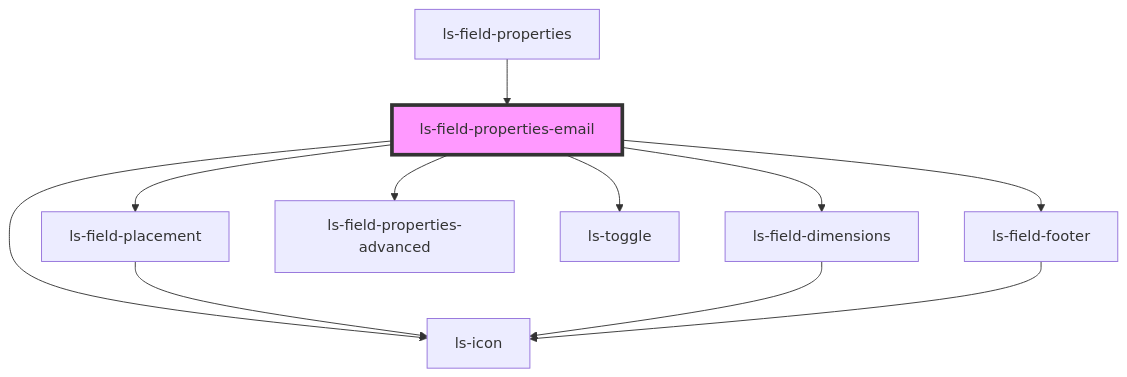
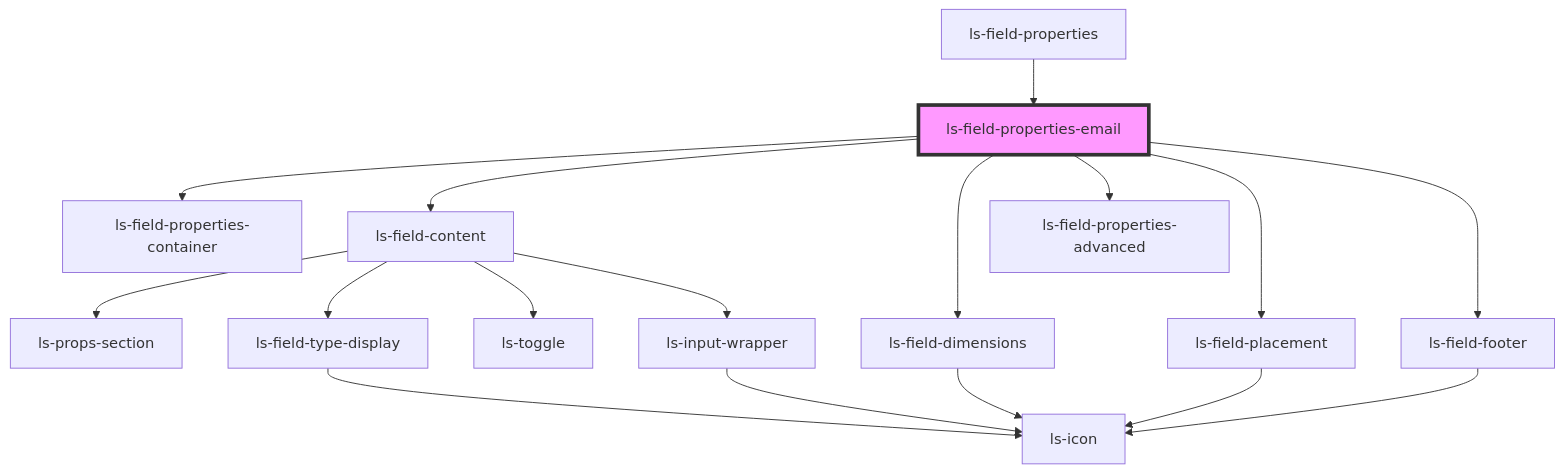
Before and after one commit to legalesign/ls-document-viewer: the diagram in src/components/ls-field-properties-email/readme.md, drawn with Mermaid. The commit also changed other lines of this file and 16 other files, not shown here.

````diff
--- a/src/components/ls-field-properties-email/readme.md
+++ b/src/components/ls-field-properties-email/readme.md
@@ -32,14 +31,20 @@
 ```mermaid
 graph TD;
-  ls-field-properties-email --> ls-field-placement
+  ls-field-properties-email --> ls-field-properties-container
+  ls-field-properties-email --> ls-field-content
   ls-field-properties-email --> ls-field-dimensions
   ls-field-properties-email --> ls-field-properties-advanced
-  ls-field-properties-email --> ls-icon
-  ls-field-properties-email --> ls-toggle
+  ls-field-properties-email --> ls-field-placement
   ls-field-properties-email --> ls-field-footer
+  ls-field-content --> ls-props-section
+  ls-field-content --> ls-field-type-display
+  ls-field-content --> ls-toggle
+  ls-field-content --> ls-input-wrapper
+  ls-field-type-display --> ls-icon
+  ls-input-wrapper --> ls-icon
+  ls-field-dimensions --> ls-icon
   ls-field-placement --> ls-icon
-  ls-field-dimensions --> ls-icon
   ls-field-footer --> ls-icon
   ls-field-properties --> ls-field-properties-email
   style ls-field-properties-email fill:#f9f,stroke:#333,stroke-width:4px
 ```
````
